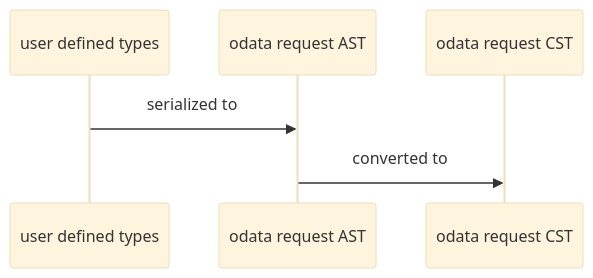
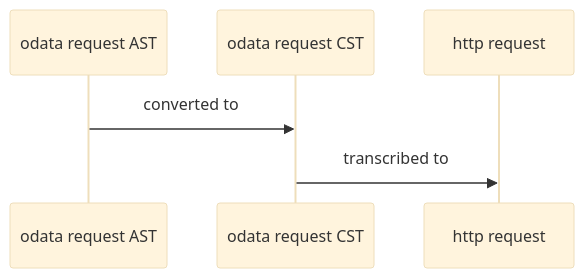
Before and after one commit to OData/odata.net: the fourth of 4 diagrams in docs/architecture.md, drawn with Mermaid (base theme). The commit also changed other lines of this file, not shown here.

````diff
--- a/docs/architecture.md
+++ b/docs/architecture.md
@@ -281,9 +291,8 @@
 ```mermaid
 sequenceDiagram
-    participant user defined types
     participant odata request AST
     participant odata request CST
 
-    user defined types->>odata request AST: serialized to
     odata request AST->>odata request CST: converted to
+    odata request CST->>http request: transcribed to
 ```
````
